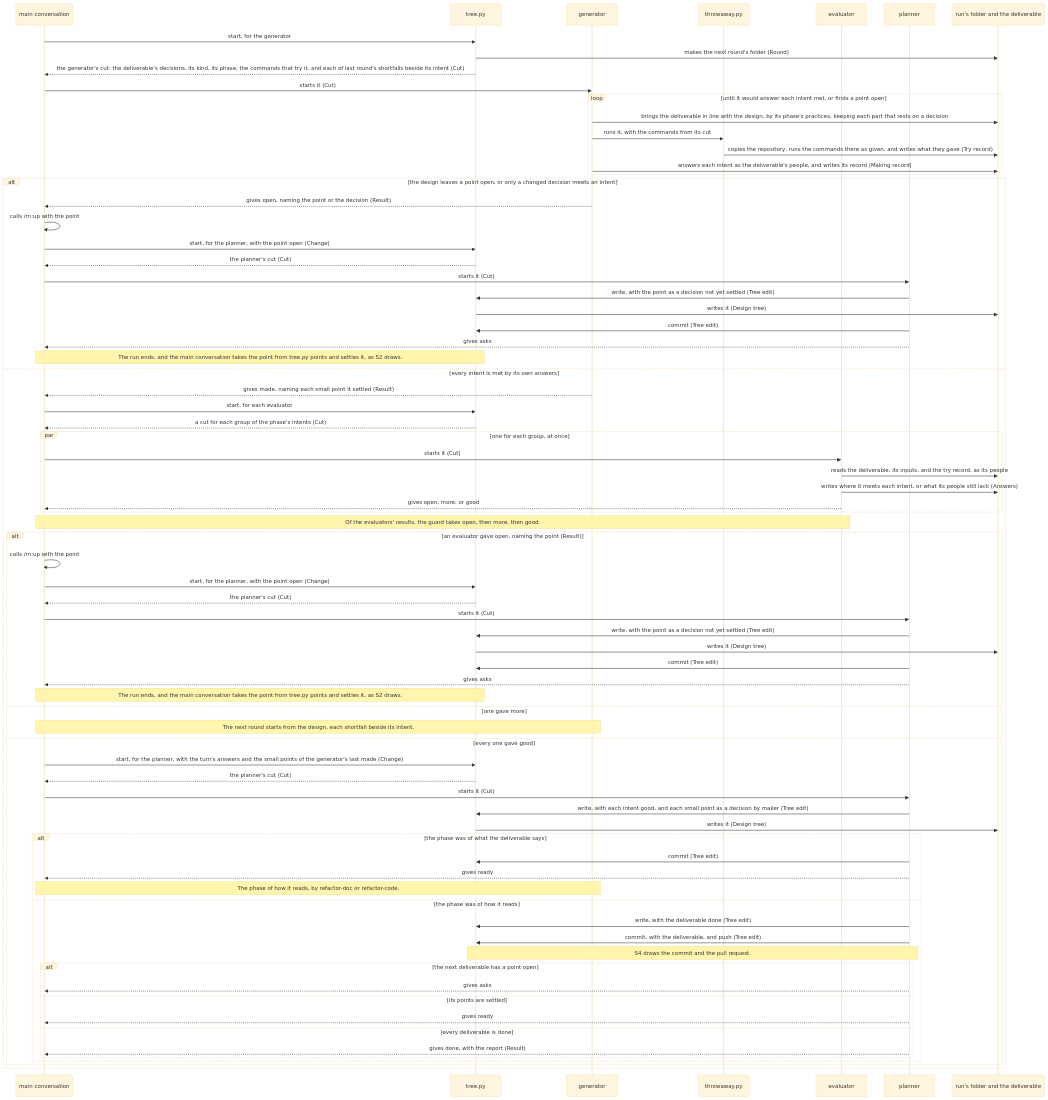
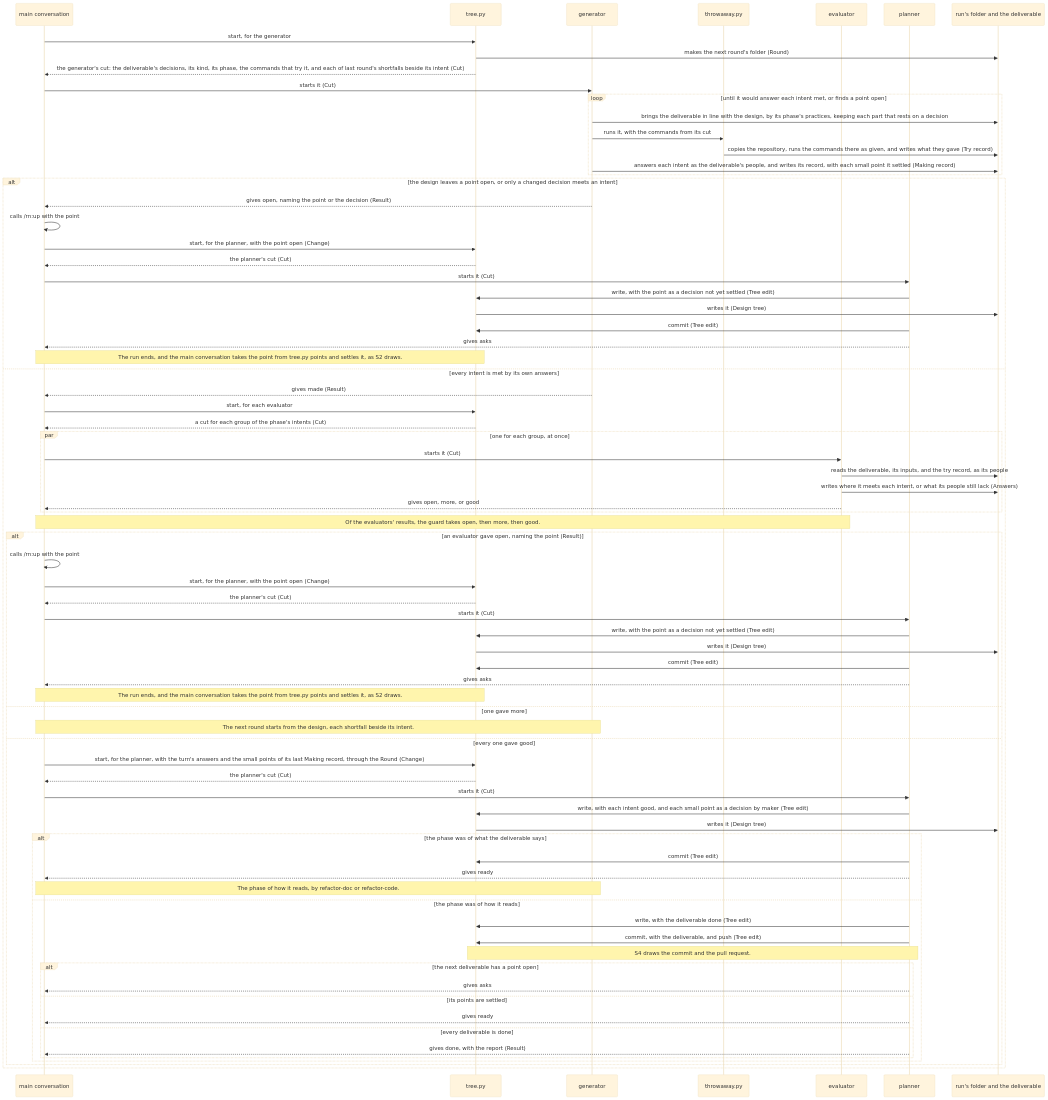
The third of 6 diagrams in dev/rn/architecture.md (lovaizu/ccpm), drawn with Mermaid (base theme) before and after one commit. The commit also changed other lines of this file and 4 other files, not shown here.

````diff
--- a/dev/rn/architecture.md
+++ b/dev/rn/architecture.md
@@ -522,78 +527,78 @@
 ```mermaid
 sequenceDiagram
   participant M as main conversation
   participant T as tree.py
   participant G as generator
   participant W as throwaway.py
   participant E as evaluator
   participant P as planner
   participant R as run's folder and the deliverable
   M->>T: start, for the generator
   T->>R: makes the next round's folder (Round)
   T-->>M: the generator's cut: the deliverable's decisions, its kind, its phase, the commands that try it, and each of last round's shortfalls beside its intent (Cut)
   M->>G: starts it (Cut)
   loop until it would answer each intent met, or finds a point open
     G->>R: brings the deliverable in line with the design, by its phase's practices, keeping each part that rests on a decision
     G->>W: runs it, with the commands from its cut
     W->>R: copies the repository, runs the commands there as given, and writes what they gave (Try record)
-    G->>R: answers each intent as the deliverable's people, and writes its record (Making record)
+    G->>R: answers each intent as the deliverable's people, and writes its record, with each small point it settled (Making record)
   end
   alt the design leaves a point open, or only a changed decision meets an intent
     G-->>M: gives open, naming the point or the decision (Result)
     M->>M: calls /rn:up with the point
     M->>T: start, for the planner, with the point open (Change)
     T-->>M: the planner's cut (Cut)
     M->>P: starts it (Cut)
     P->>T: write, with the point as a decision not yet settled (Tree edit)
     T->>R: writes it (Design tree)
     P->>T: commit (Tree edit)
     P-->>M: gives asks
     Note over M,T: The run ends, and the main conversation takes the point from tree.py points and settles it, as S2 draws.
   else every intent is met by its own answers
-    G-->>M: gives made, naming each small point it settled (Result)
+    G-->>M: gives made (Result)
     M->>T: start, for each evaluator
     T-->>M: a cut for each group of the phase's intents (Cut)
     par one for each group, at once
       M->>E: starts it (Cut)
       E->>R: reads the deliverable, its inputs, and the try record, as its people
       E->>R: writes where it meets each intent, or what its people still lack (Answers)
       E-->>M: gives open, more, or good
     end
     Note over M,E: Of the evaluators' results, the guard takes open, then more, then good.
     alt an evaluator gave open, naming the point (Result)
       M->>M: calls /rn:up with the point
       M->>T: start, for the planner, with the point open (Change)
       T-->>M: the planner's cut (Cut)
       M->>P: starts it (Cut)
       P->>T: write, with the point as a decision not yet settled (Tree edit)
       T->>R: writes it (Design tree)
       P->>T: commit (Tree edit)
       P-->>M: gives asks
       Note over M,T: The run ends, and the main conversation takes the point from tree.py points and settles it, as S2 draws.
     else one gave more
       Note over M,G: The next round starts from the design, each shortfall beside its intent.
     else every one gave good
-      M->>T: start, for the planner, with the turn's answers and the small points of the generator's last made (Change)
+      M->>T: start, for the planner, with the turn's answers and the small points of its last Making record, through the Round (Change)
       T-->>M: the planner's cut (Cut)
       M->>P: starts it (Cut)
       P->>T: write, with each intent good, and each small point as a decision by maker (Tree edit)
       T->>R: writes it (Design tree)
       alt the phase was of what the deliverable says
         P->>T: commit (Tree edit)
         P-->>M: gives ready
         Note over M,G: The phase of how it reads, by refactor-doc or refactor-code.
       else the phase was of how it reads
         P->>T: write, with the deliverable done (Tree edit)
         P->>T: commit, with the deliverable, and push (Tree edit)
         Note over P,T: S4 draws the commit and the pull request.
         alt the next deliverable has a point open
           P-->>M: gives asks
         else its points are settled
           P-->>M: gives ready
         else every deliverable is done
           P-->>M: gives done, with the report (Result)
         end
       end
     end
   end
 ```
````
